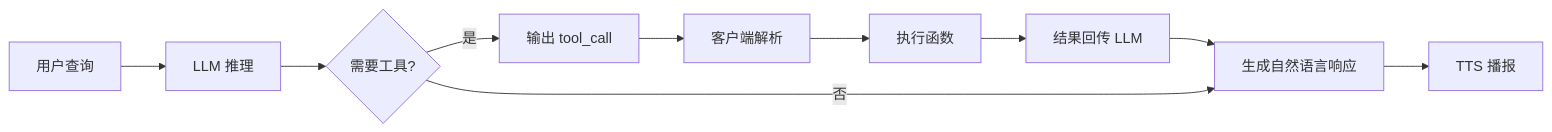
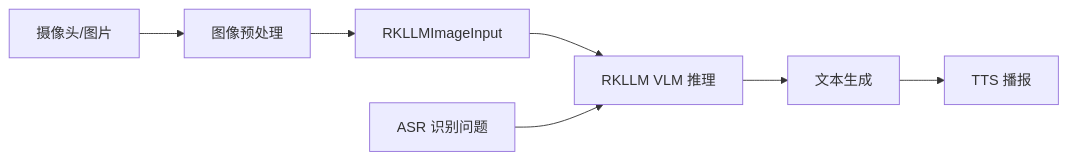
The diagram in courses/sheet1/speech_practice/_parts/experiment-6.md (aibittek/course_generate_agent), drawn with Mermaid before and after one commit. The commit also changed other lines of this file and 13 other files, not shown here.

````diff
--- a/courses/sheet1/speech_practice/_parts/experiment-6.md
+++ b/courses/sheet1/speech_practice/_parts/experiment-6.md
@@ -55,12 +56,9 @@
 ```mermaid
 graph LR
-    A[用户查询] --> B[LLM 推理]
-    B --> C{需要工具?}
-    C -->|是| D[输出 tool_call]
-    D --> E[客户端解析]
-    E --> F[执行函数]
-    F --> G[结果回传 LLM]
-    G --> H[生成自然语言响应]
-    H --> I[TTS 播报]
-    C -->|否| H
+    A[摄像头/图片] --> B[图像预处理]
+    B --> C[RKLLMImageInput]
+    C --> D[RKLLM VLM 推理]
+    D --> E[文本生成]
+    E --> F[TTS 播报]
+    G[ASR 识别问题] --> D
 ```
````
